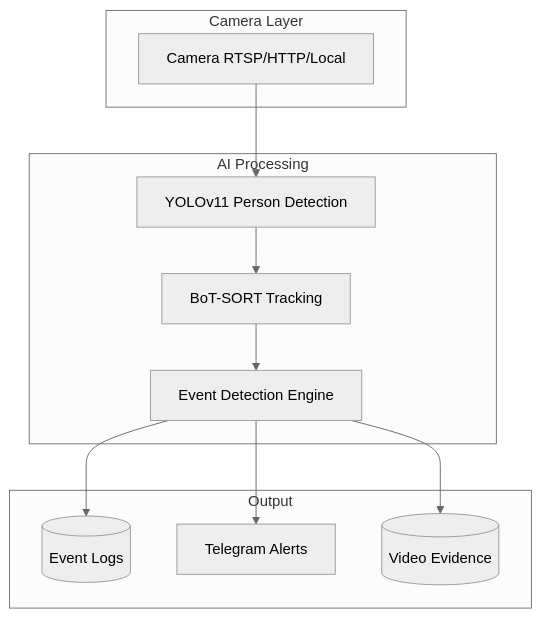
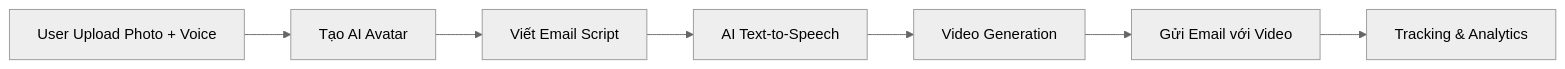
One commit to CuongLam1206/Week-6 changed the first of 2 diagrams in README.md. Above: the diagram before and after it, drawn with Mermaid (neutral theme). The commit also changed other lines of this file, not shown here.

````diff
--- a/README.md
+++ b/README.md
@@ -22,23 +27,9 @@
 ```mermaid
-graph TB
-    subgraph "Camera Layer"
-        CAM[Camera RTSP/HTTP/Local]
-    end
-
-    subgraph "AI Processing"
-        YOLOv11[YOLOv11 Person Detection]
-        BoTSORT[BoT-SORT Tracking]
-        EventEngine[Event Detection Engine]
-    end
-
-    subgraph "Output"
-        EventDB[(Event Logs)]
-        Telegram[Telegram Alerts]
-        Video[(Video Evidence)]
-    end
-
-    CAM --> YOLOv11
-    YOLOv11 --> BoTSORT
-    BoTSORT --> EventEngine
-    EventEngine --> EventDB & Telegram & Video
+graph LR
+    A[User Upload Photo + Voice] --> B[Tạo AI Avatar]
+    B --> C[Viết Email Script]
+    C --> D[AI Text-to-Speech]
+    D --> E[Video Generation]
+    E --> F[Gửi Email với Video]
+    F --> G[Tracking & Analytics]
 ```
````
